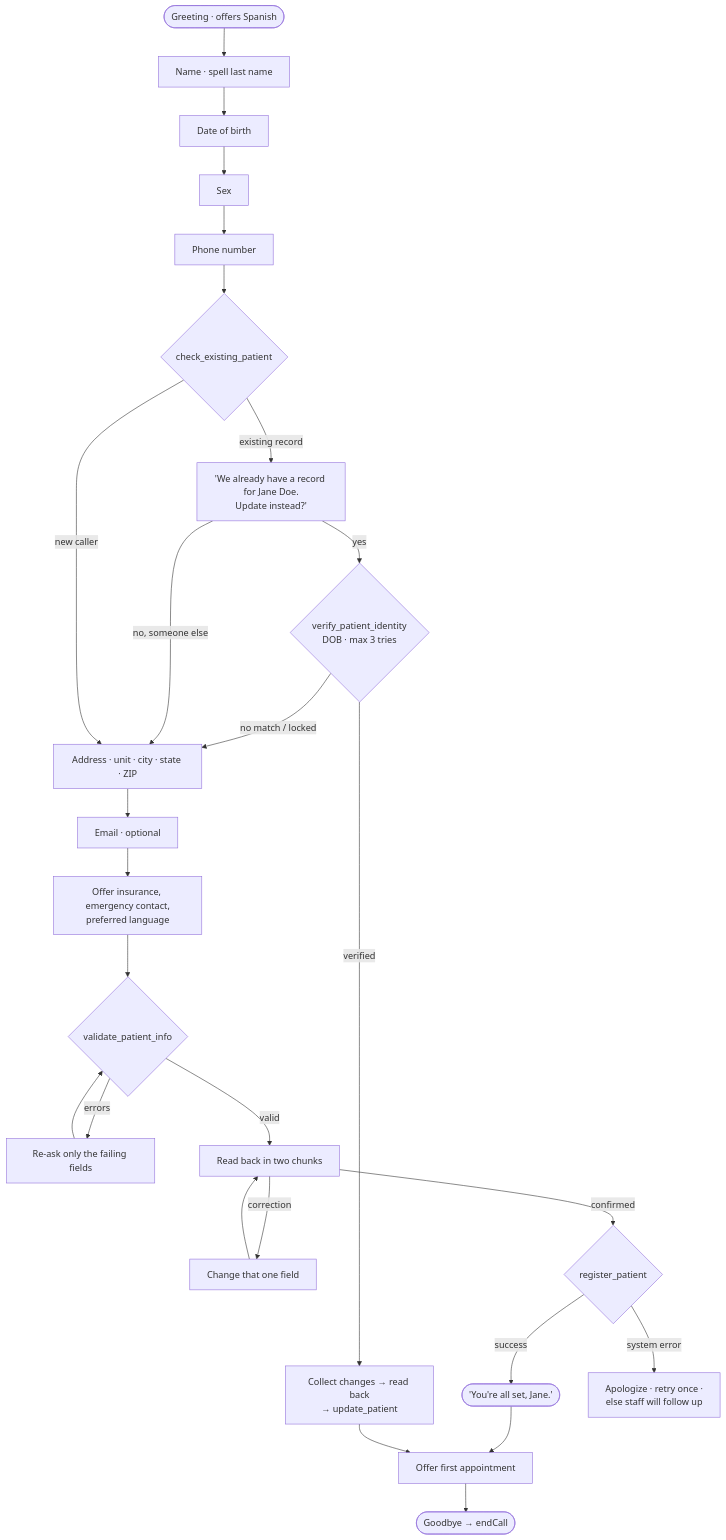
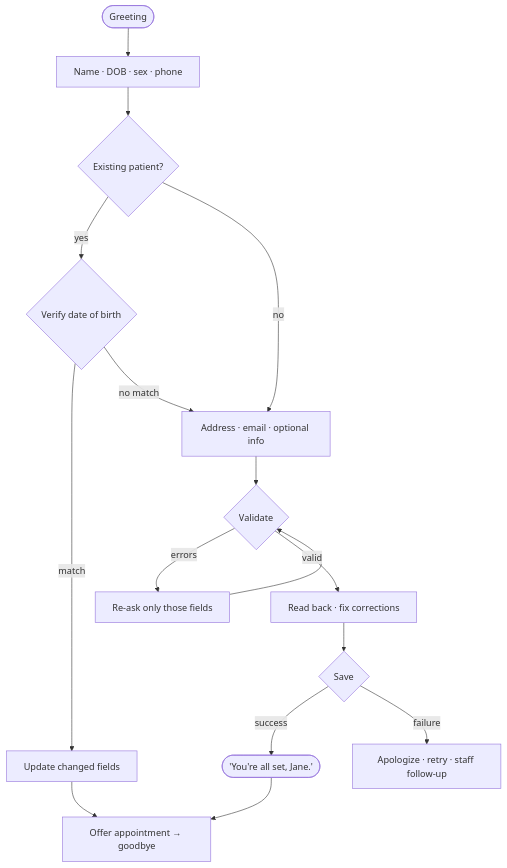
One commit to MHadiShahid/VoiceAI changed the second of 3 diagrams in README.md. Above: the diagram before and after it, drawn with Mermaid. The commit also changed other lines of this file, not shown here.

Commit message:
Shorten and simplify README; note verified live phone call

````diff
--- a/README.md
+++ b/README.md
@@ -224,25 +119,17 @@
 ```mermaid
 flowchart TD
-    start(["Greeting · offers Spanish"]) --> name["Name · spell last name"]
-    name --> dob["Date of birth"] --> sex["Sex"] --> phone["Phone number"]
-    phone --> lookup{"check_existing_patient"}
-
-    lookup -- "existing record" --> offer["'We already have a record for Jane Doe.<br/>Update instead?'"]
-    offer -- "yes" --> verify{"verify_patient_identity<br/>DOB · max 3 tries"}
-    verify -- "verified" --> changes["Collect changes → read back<br/>→ update_patient"]
-    verify -- "no match / locked" --> addr
-    offer -- "no, someone else" --> addr
-
-    lookup -- "new caller" --> addr["Address · unit · city · state · ZIP"]
-    addr --> email["Email · optional"] --> opt["Offer insurance, emergency contact,<br/>preferred language"]
-    opt --> validate{"validate_patient_info"}
-    validate -- "errors" --> reask["Re-ask only the failing fields"] --> validate
-    validate -- "valid" --> readback["Read back in two chunks"]
-    readback -- "correction" --> fix["Change that one field"] --> readback
-    readback -- "confirmed" --> save{"register_patient"}
-    save -- "success" --> done(["'You're all set, Jane.'"])
-    save -- "system error" --> retry["Apologize · retry once ·<br/>else staff will follow up"]
-    done --> appt["Offer first appointment"]
-    changes --> appt
-    appt --> bye(["Goodbye → endCall"])
+    A(["Greeting"]) --> B["Name · DOB · sex · phone"]
+    B --> C{"Existing patient?"}
+    C -- "yes" --> D{"Verify date of birth"}
+    D -- "match" --> E["Update changed fields"]
+    D -- "no match" --> F
+    C -- "no" --> F["Address · email · optional info"]
+    F --> G{"Validate"}
+    G -- "errors" --> H["Re-ask only those fields"] --> G
+    G -- "valid" --> I["Read back · fix corrections"]
+    I --> J{"Save"}
+    J -- "success" --> K(["'You're all set, Jane.'"])
+    J -- "failure" --> L["Apologize · retry · staff follow-up"]
+    K --> M["Offer appointment → goodbye"]
+    E --> M
 ```
````
